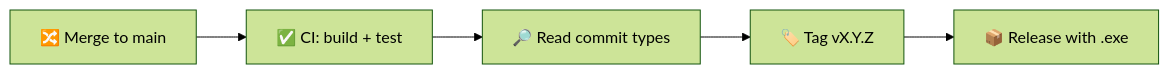
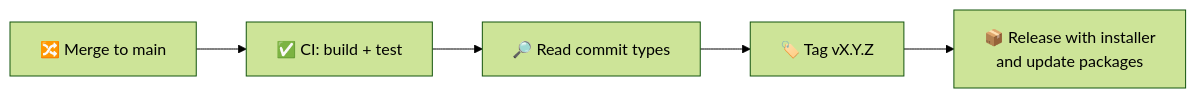
The second of 2 diagrams in CONTRIBUTING.md (SofianeBel/InstructMe), drawn with Mermaid (forest theme) before and after one commit. The commit also changed other lines of this file and 13 other files, not shown here.

````diff
--- a/CONTRIBUTING.md
+++ b/CONTRIBUTING.md
@@ -77,7 +79,7 @@
 ```mermaid
 flowchart LR
     A["🔀 Merge to main"] --> B["✅ CI: build + test"]
     B --> C["🔎 Read commit types"]
     C --> D["🏷️ Tag vX.Y.Z"]
-    D --> E["📦 Release with .exe"]
+    D --> E["📦 Release with installer<br/>and update packages"]
 ```
````
